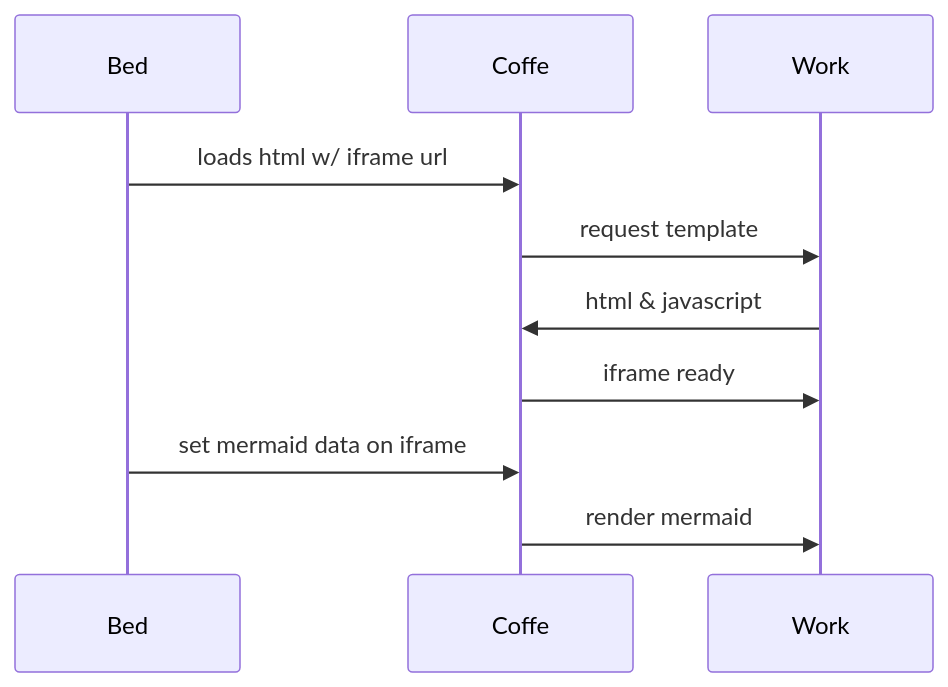
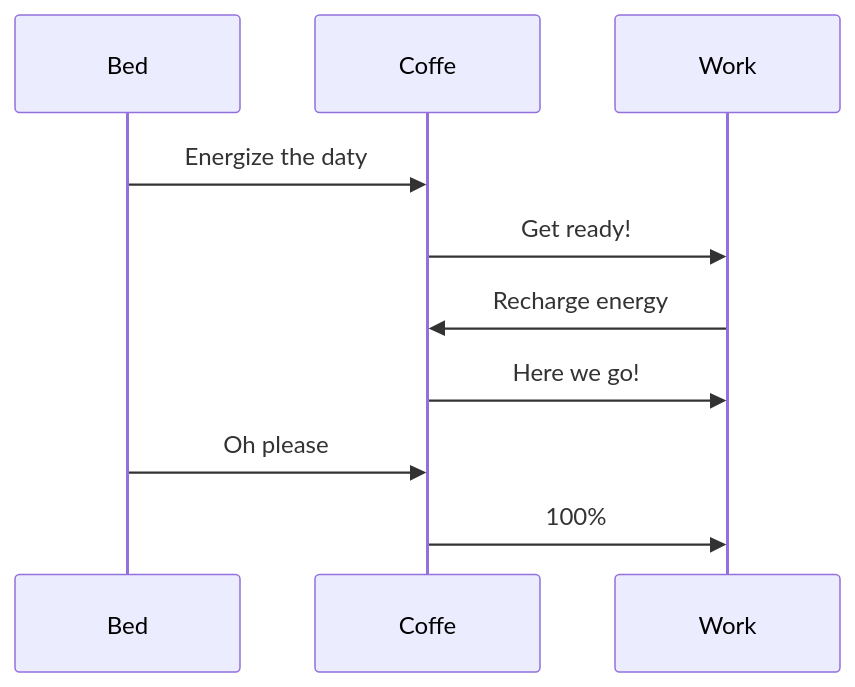
One commit to xandrade/alpha-api changed the diagram in README.md. Above: the diagram before and after it, drawn with Mermaid.

````diff
--- a/README.md
+++ b/README.md
@@ -3,12 +3,12 @@
 ```mermaid
 sequenceDiagram
     participant Bed
     participant Coffe
     participant Work
-    Bed->>Coffe: loads html w/ iframe url
-    Coffe->>Work: request template
-    Work->>Coffe: html & javascript
-    Coffe->>Work: iframe ready
-    Bed->>Coffe: set mermaid data on iframe
-    Coffe->>Work: render mermaid
+    Bed->>Coffe: Energize the daty
+    Coffe->>Work: Get ready!
+    Work->>Coffe: Recharge energy
+    Coffe->>Work: Here we go!
+    Bed->>Coffe: Oh please
+    Coffe->>Work: 100%
 ```
````
